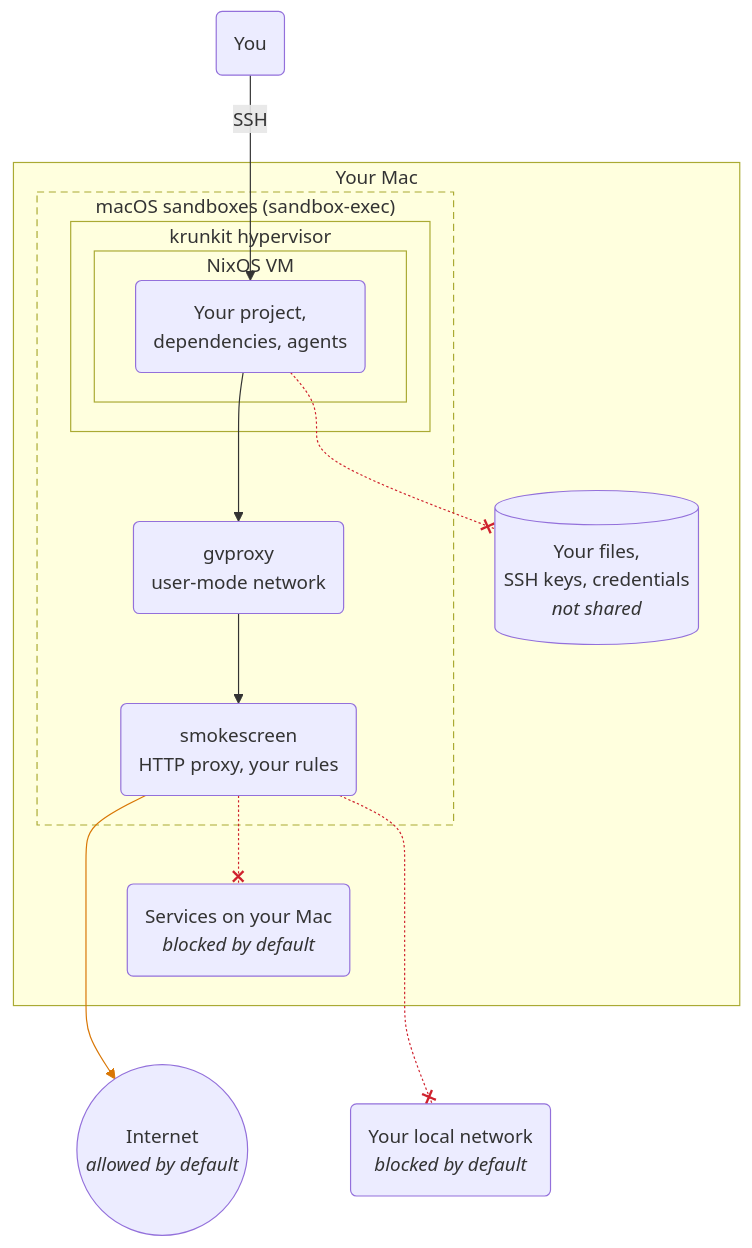
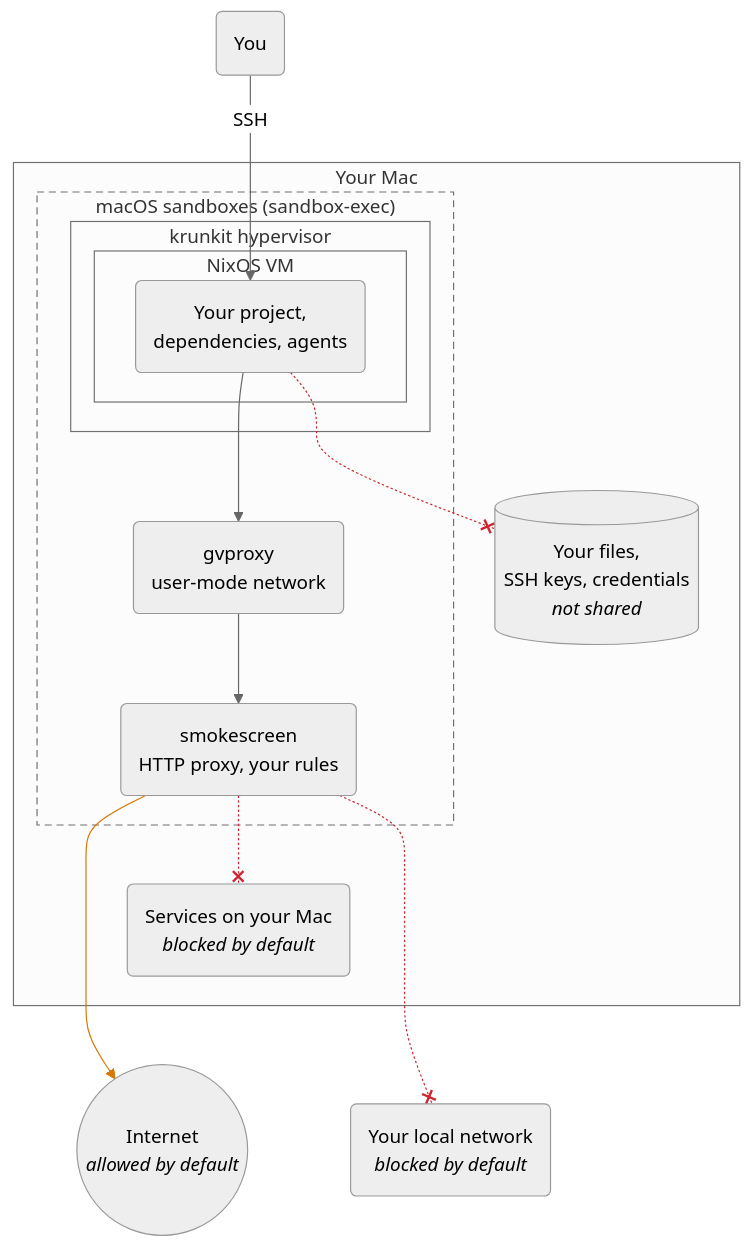
The diagram in README.md (jengdal/devenv-sandbox-vm), drawn with Mermaid before and after one commit.

Commit message:
Try the neutral theme

````diff
--- a/README.md
+++ b/README.md
@@ -23,37 +23,38 @@
 ```mermaid
 ---
 config:
+  theme: neutral
   flowchart:
     curve: basis
 ---
 flowchart TB
   you("You")
   subgraph mac["Your Mac"]
     subgraph sandboxes["macOS sandboxes (sandbox-exec)"]
       subgraph krunkit["krunkit hypervisor"]
         subgraph vm["NixOS VM"]
           agent("Your project,<br/>dependencies, agents")
         end
       end
       gvproxy("gvproxy<br/>user-mode network")
       proxy("smokescreen<br/>HTTP proxy, your rules")
     end
     files[("Your files,<br/>SSH keys, credentials<br/><i>not shared</i>")]
     hostsvc("Services on your Mac<br/><i>blocked by default</i>")
   end
   internet(("Internet<br/><i>allowed by default</i>"))
   lan("Your local network<br/><i>blocked by default</i>")
 
   you -- "SSH" --> agent
   agent --> gvproxy --> proxy
   proxy -.-x hostsvc
   proxy -.-x lan
   agent -.-x files
   proxy --> internet
   linkStyle 3,4,5 stroke:#cf222e
   linkStyle 6 stroke:#d97706
   hostsvc ~~~ internet
   hostsvc ~~~ lan
 
   style sandboxes stroke-dasharray:6 4
 ```
````
